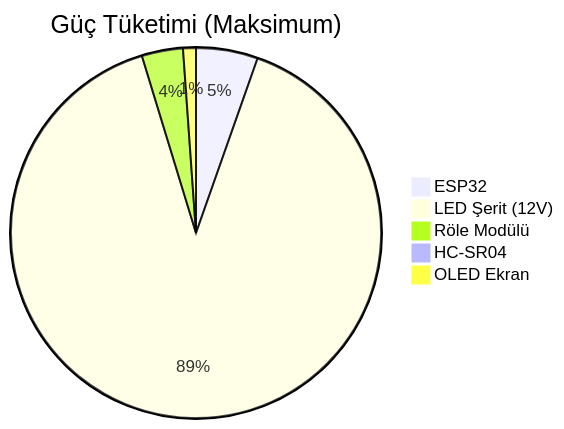
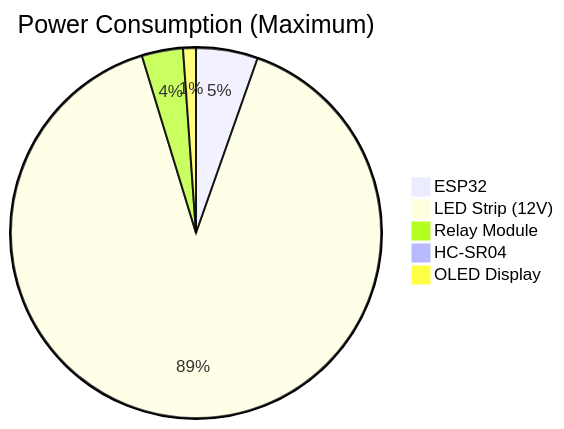
The second of 4 diagrams in README.md (hamzadenizyilmaz/RGB-Control-System-with-ESP32-C6), drawn with Mermaid before and after one commit. The commit also changed other lines of this file, not shown here.

````diff
--- a/README.md
+++ b/README.md
@@ -48,9 +48,9 @@
 ```mermaid
 pie
-    title Güç Tüketimi (Maksimum)
+    title Power Consumption (Maximum)
     "ESP32" : 120
-    "LED Şerit (12V)" : 2000
-    "Röle Modülü" : 80
+    "LED Strip (12V)" : 2000
+    "Relay Module" : 80
     "HC-SR04" : 15
-    "OLED Ekran" : 25
+    "OLED Display" : 25
 ```
````
